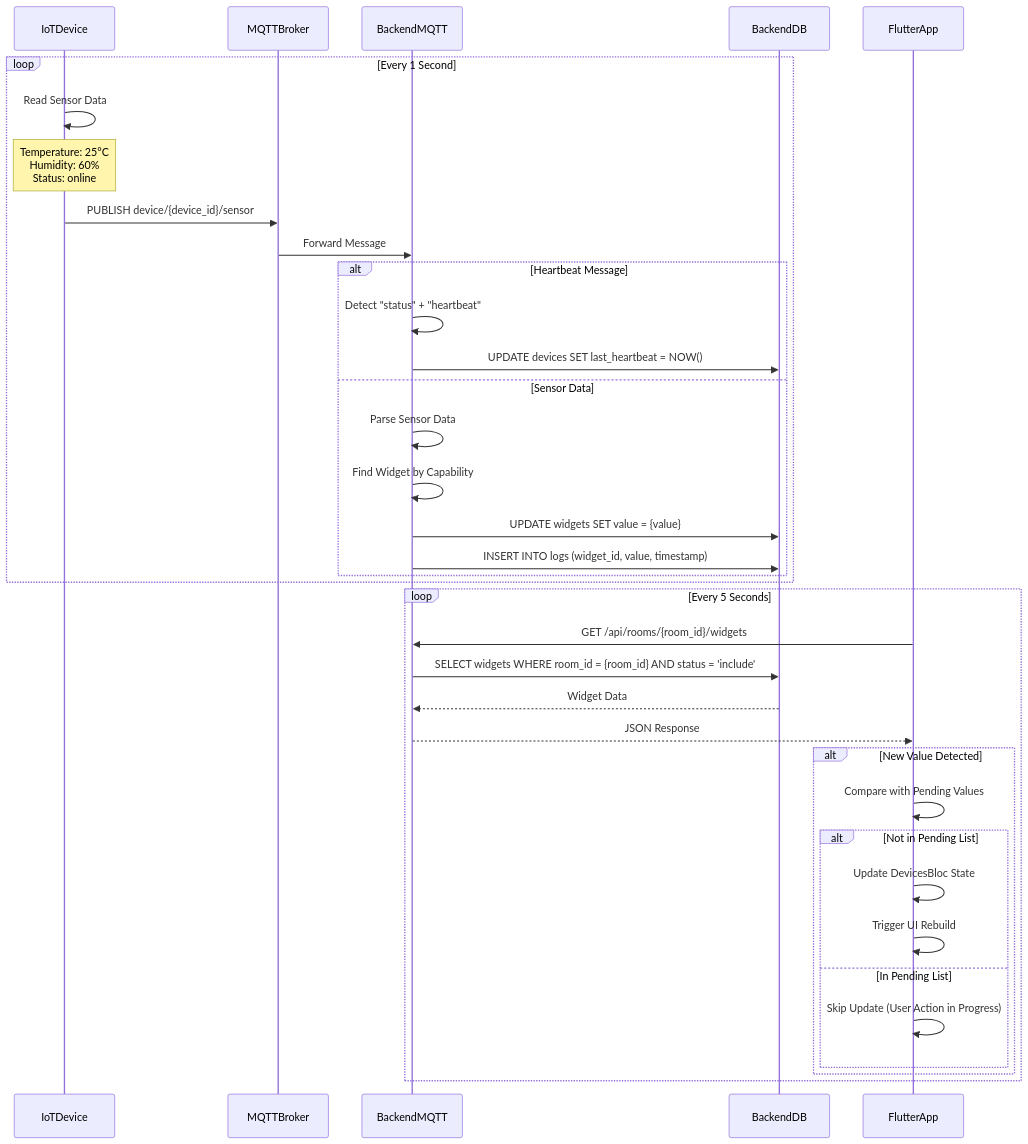
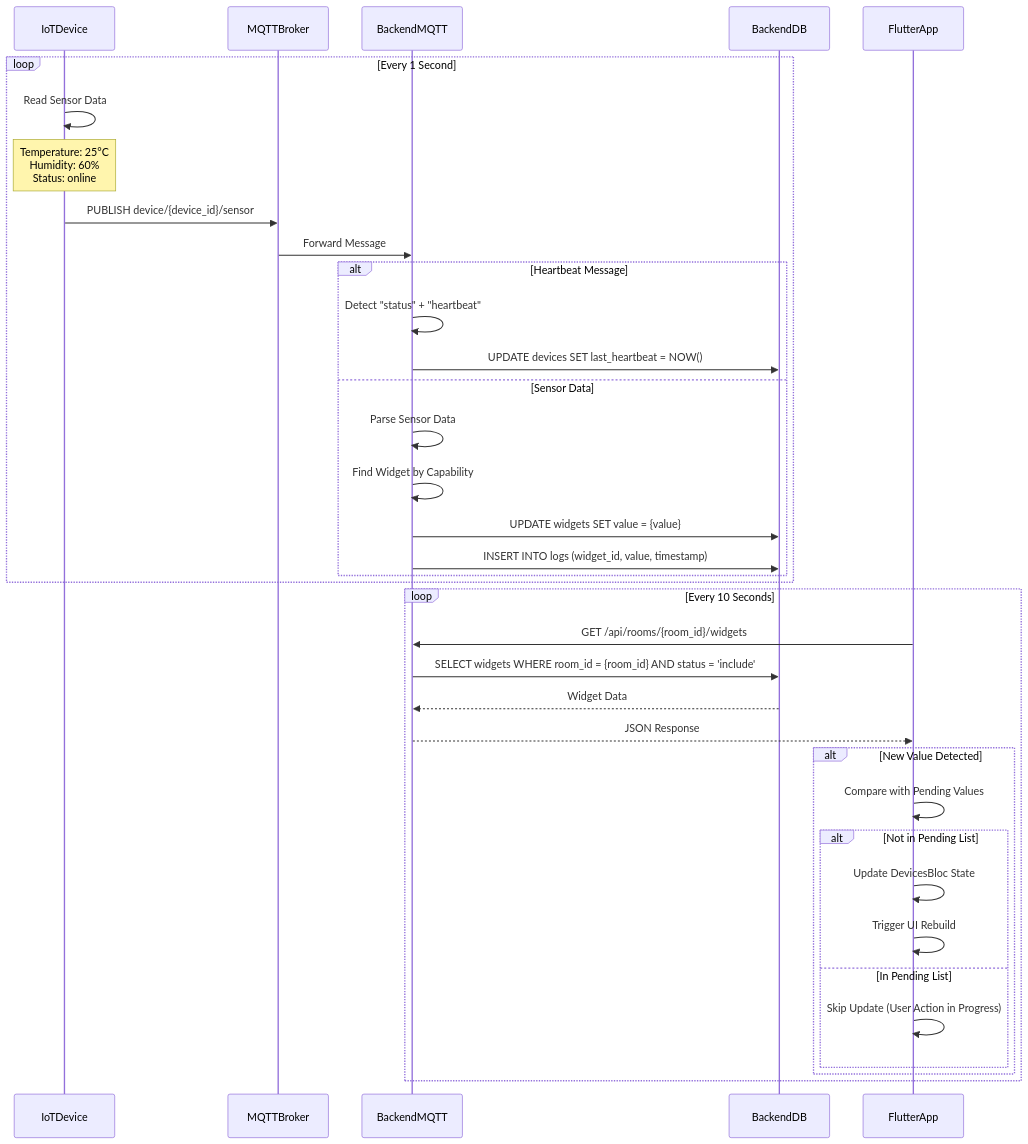
Before and after one commit to sunmodza/pm_docs: the first of 2 diagrams in docs/architecture/sensor-data-flow.md, drawn with Mermaid. The commit also changed other lines of this file and 7 other files, not shown here.

````diff
--- a/docs/architecture/sensor-data-flow.md
+++ b/docs/architecture/sensor-data-flow.md
@@ -9,43 +9,43 @@
 ```mermaid
 sequenceDiagram
     participant IoTDevice
     participant MQTTBroker
     participant BackendMQTT
     participant BackendDB
     participant FlutterApp
 
     loop Every 1 Second
         IoTDevice->>IoTDevice: Read Sensor Data
         Note over IoTDevice: Temperature: 25°C<br/>Humidity: 60%<br/>Status: online
 
         IoTDevice->>MQTTBroker: PUBLISH device/{device_id}/sensor
         MQTTBroker->>BackendMQTT: Forward Message
 
         alt Heartbeat Message
             BackendMQTT->>BackendMQTT: Detect "status" + "heartbeat"
             BackendMQTT->>BackendDB: UPDATE devices SET last_heartbeat = NOW()
         else Sensor Data
             BackendMQTT->>BackendMQTT: Parse Sensor Data
             BackendMQTT->>BackendMQTT: Find Widget by Capability
             BackendMQTT->>BackendDB: UPDATE widgets SET value = {value}
             BackendMQTT->>BackendDB: INSERT INTO logs (widget_id, value, timestamp)
         end
     end
 
-    loop Every 5 Seconds
+    loop Every 10 Seconds
         FlutterApp->>BackendMQTT: GET /api/rooms/{room_id}/widgets
         BackendMQTT->>BackendDB: SELECT widgets WHERE room_id = {room_id} AND status = 'include'
         BackendDB-->>BackendMQTT: Widget Data
         BackendMQTT-->>FlutterApp: JSON Response
 
         alt New Value Detected
             FlutterApp->>FlutterApp: Compare with Pending Values
             alt Not in Pending List
                 FlutterApp->>FlutterApp: Update DevicesBloc State
                 FlutterApp->>FlutterApp: Trigger UI Rebuild
             else In Pending List
                 FlutterApp->>FlutterApp: Skip Update (User Action in Progress)
             end
         end
     end
 ```
````
